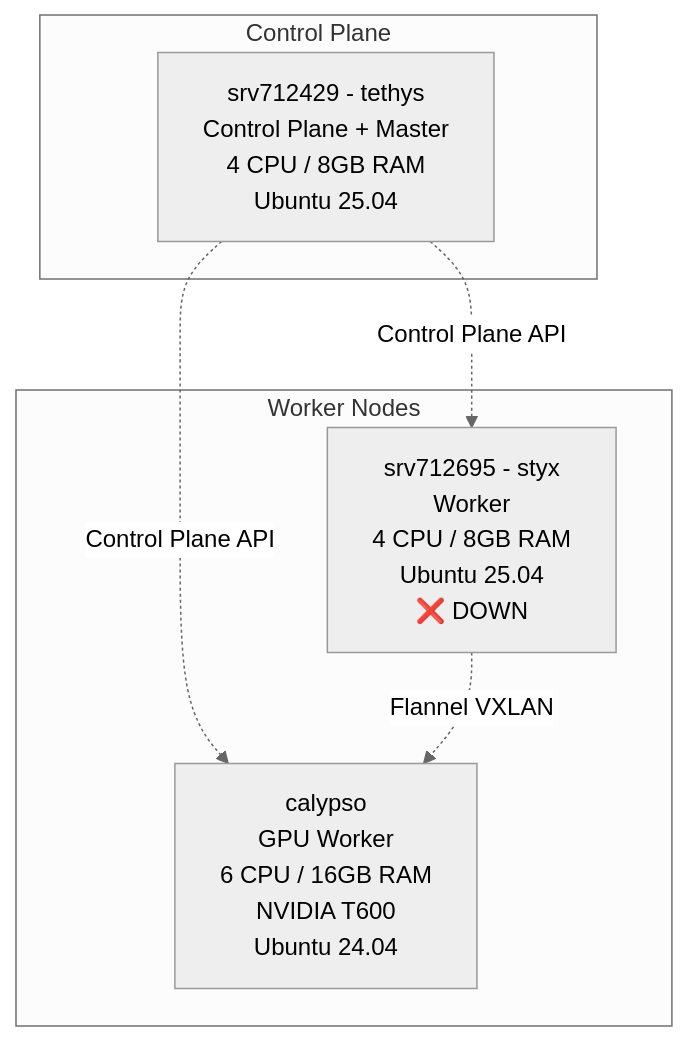
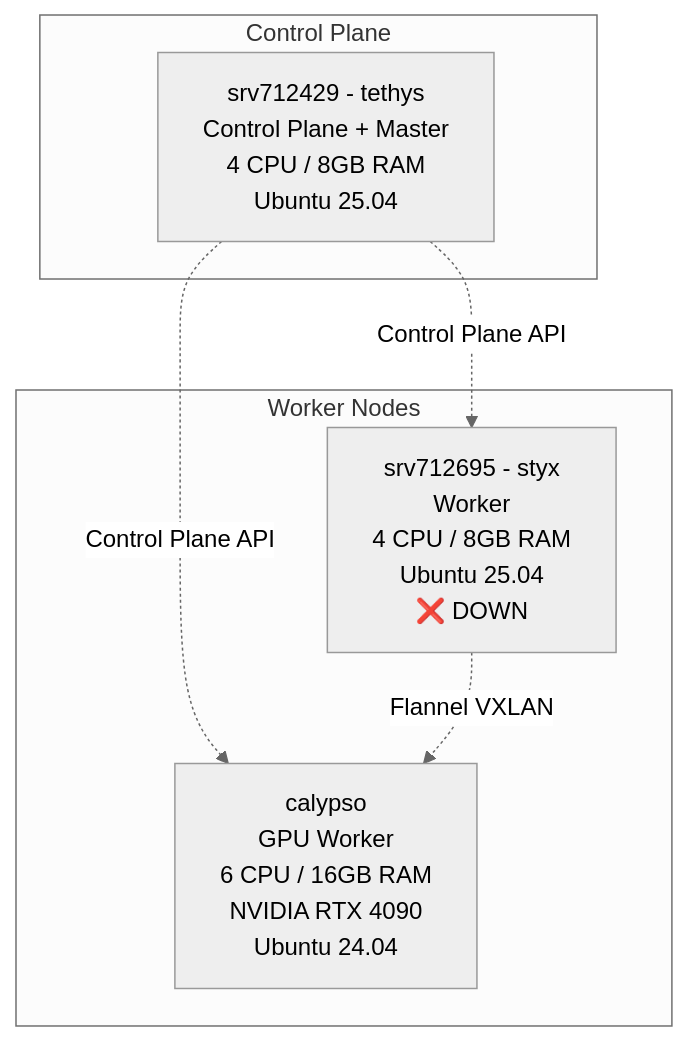
One commit to goldfish-inc/deepseek-ocr-vllm changed the first of 15 diagrams in docs/architecture/KUBERNETES_ARCHITECTURE.md. Above: the diagram before and after it, drawn with Mermaid (neutral theme). The commit also changed 4 other files, not shown here.

````diff
--- a/docs/architecture/KUBERNETES_ARCHITECTURE.md
+++ b/docs/architecture/KUBERNETES_ARCHITECTURE.md
@@ -42,15 +42,15 @@
 ```mermaid
 graph TB
     subgraph "Control Plane"
         TETHYS[srv712429 - tethys<br/>Control Plane + Master<br/>4 CPU / 8GB RAM<br/>Ubuntu 25.04]
     end
 
     subgraph "Worker Nodes"
         STYX[srv712695 - styx<br/>Worker<br/>4 CPU / 8GB RAM<br/>Ubuntu 25.04<br/>❌ DOWN]
-        CALYPSO[calypso<br/>GPU Worker<br/>6 CPU / 16GB RAM<br/>NVIDIA T600<br/>Ubuntu 24.04]
+        CALYPSO[calypso<br/>GPU Worker<br/>6 CPU / 16GB RAM<br/>NVIDIA RTX 4090<br/>Ubuntu 24.04]
     end
 
     TETHYS -.Control Plane API.-> STYX
     TETHYS -.Control Plane API.-> CALYPSO
     STYX -.Flannel VXLAN.-> CALYPSO
 ```
````
